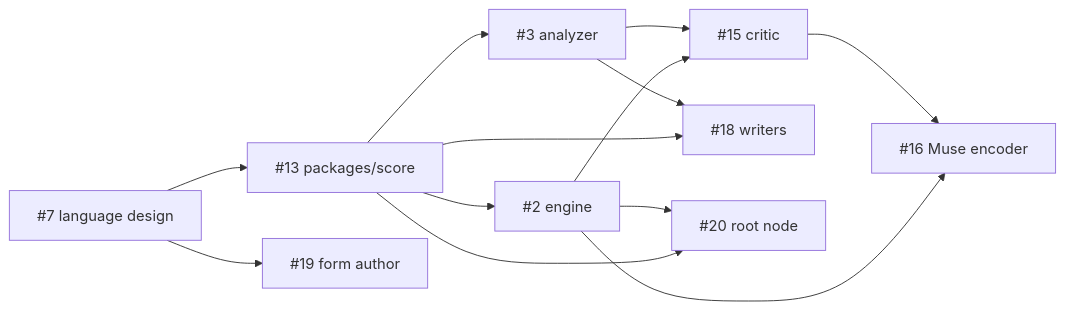
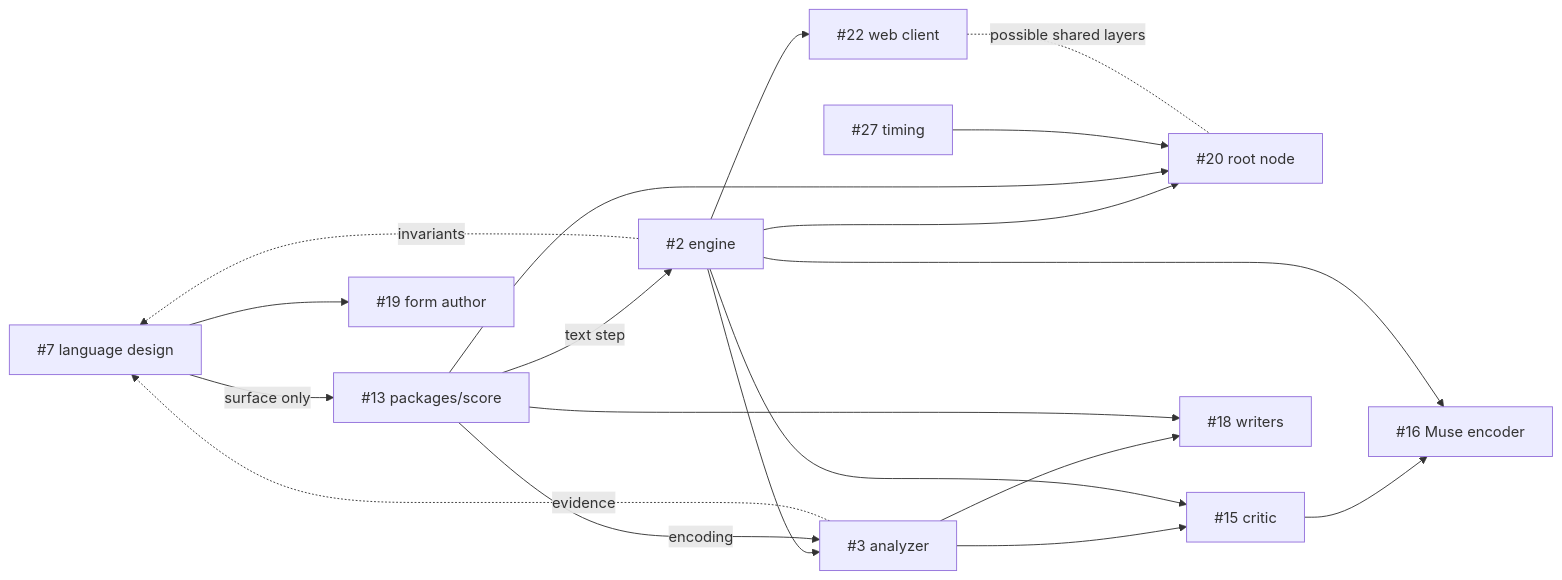
The diagram in docs/ROADMAP.md (yggi/jambot), drawn with Mermaid before and after one commit. The commit also changed other lines of this file and 5 other files, not shown here.

````diff
--- a/docs/ROADMAP.md
+++ b/docs/ROADMAP.md
@@ -75,15 +107,21 @@
 ```mermaid
 graph LR
-  L7["#7 language design"] --> S13["#13 packages/score"]
-  S13 --> E2["#2 engine"]
-  S13 --> A3["#3 analyzer"]
+  L7["#7 language design"] -- "surface only" --> S13["#13 packages/score"]
+  S13 -- "text step" --> E2["#2 engine"]
+  E2 -. "invariants" .-> L7
+  E2 --> A3["#3 analyzer"]
+  S13 -- "encoding" --> A3
+  A3 -. "evidence" .-> L7
+  E2 --> W22["#22 web client"]
+  E2 --> R20["#20 root node"]
+  S13 --> R20
+  T27["#27 timing"] --> R20
+  W22 -. "possible shared layers" .- R20
   A3 --> C15["#15 critic"]
   E2 --> C15
   C15 --> M16["#16 Muse encoder"]
   E2 --> M16
   A3 --> W18["#18 writers"]
   S13 --> W18
   L7 --> F19["#19 form author"]
-  E2 --> R20["#20 root node"]
-  S13 --> R20
 ```
````
